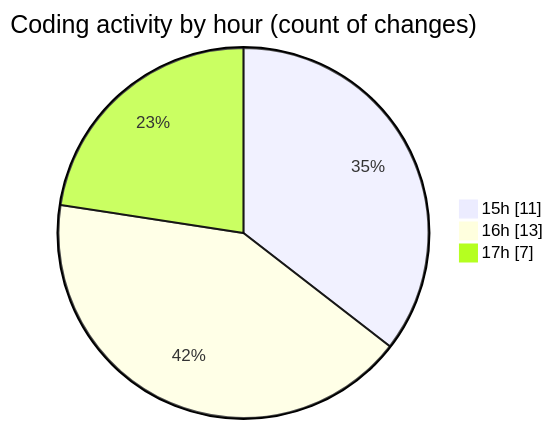
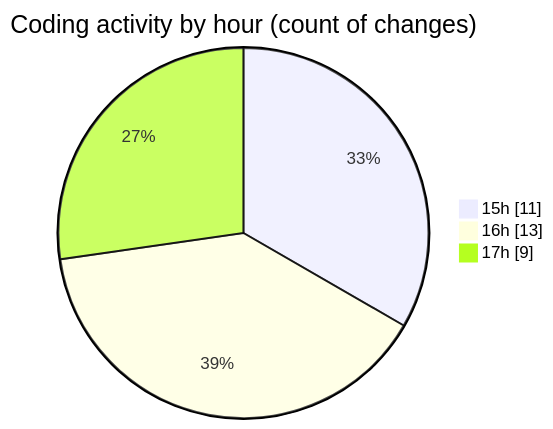
One commit to robertbonfada/code-tracking changed the second of 2 diagrams in 2025-03-08/mbc-web/README.md. Above: the diagram before and after it, drawn with Mermaid. The commit also changed other lines of this file and 1 other file, not shown here.

````diff
--- a/2025-03-08/mbc-web/README.md
+++ b/2025-03-08/mbc-web/README.md
@@ -34,7 +35,7 @@
 ```mermaid
 pie showData
 title Coding activity by hour (count of changes)
 "15h" : 11
 "16h" : 13
-"17h" : 7
+"17h" : 9
 ```
````
